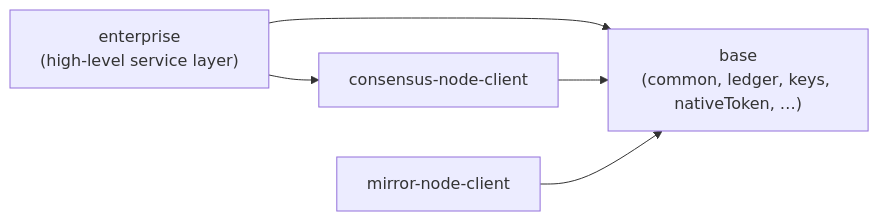
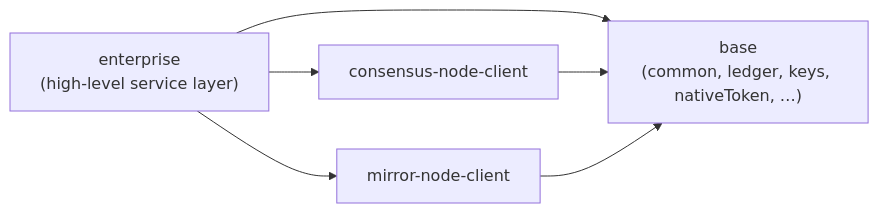
Before and after one commit to hendrikebbers/hiero-sdk-v3-prototyping: the first of 2 diagrams in spec/dependencies.md, drawn with Mermaid. The commit also changed other lines of this file, not shown here.

Commit message:
Update dependency graph to include mirror-node-client in enterprise services

````diff
--- a/spec/dependencies.md
+++ b/spec/dependencies.md
@@ -16,12 +16,13 @@
 ```mermaid
 flowchart LR
     enterprise["enterprise<br/>(high-level service layer)"]
     consensus["consensus-node-client"]
     mirror["mirror-node-client"]
     base["base<br/>(common, ledger, keys, nativeToken, …)"]
 
     enterprise --> consensus
+    enterprise --> mirror
     enterprise --> base
     consensus --> base
     mirror --> base
 ```
````
